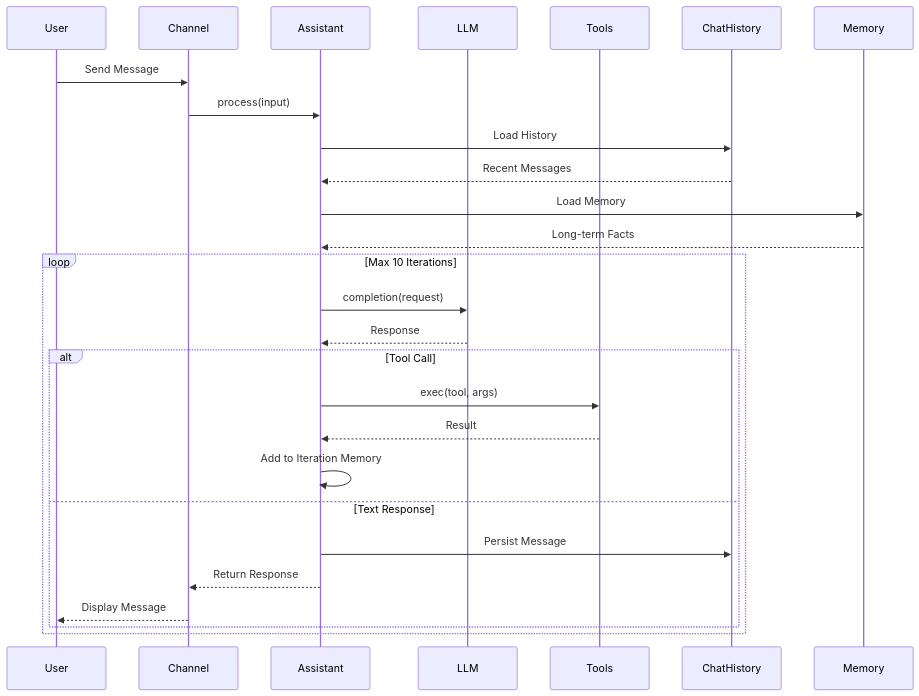
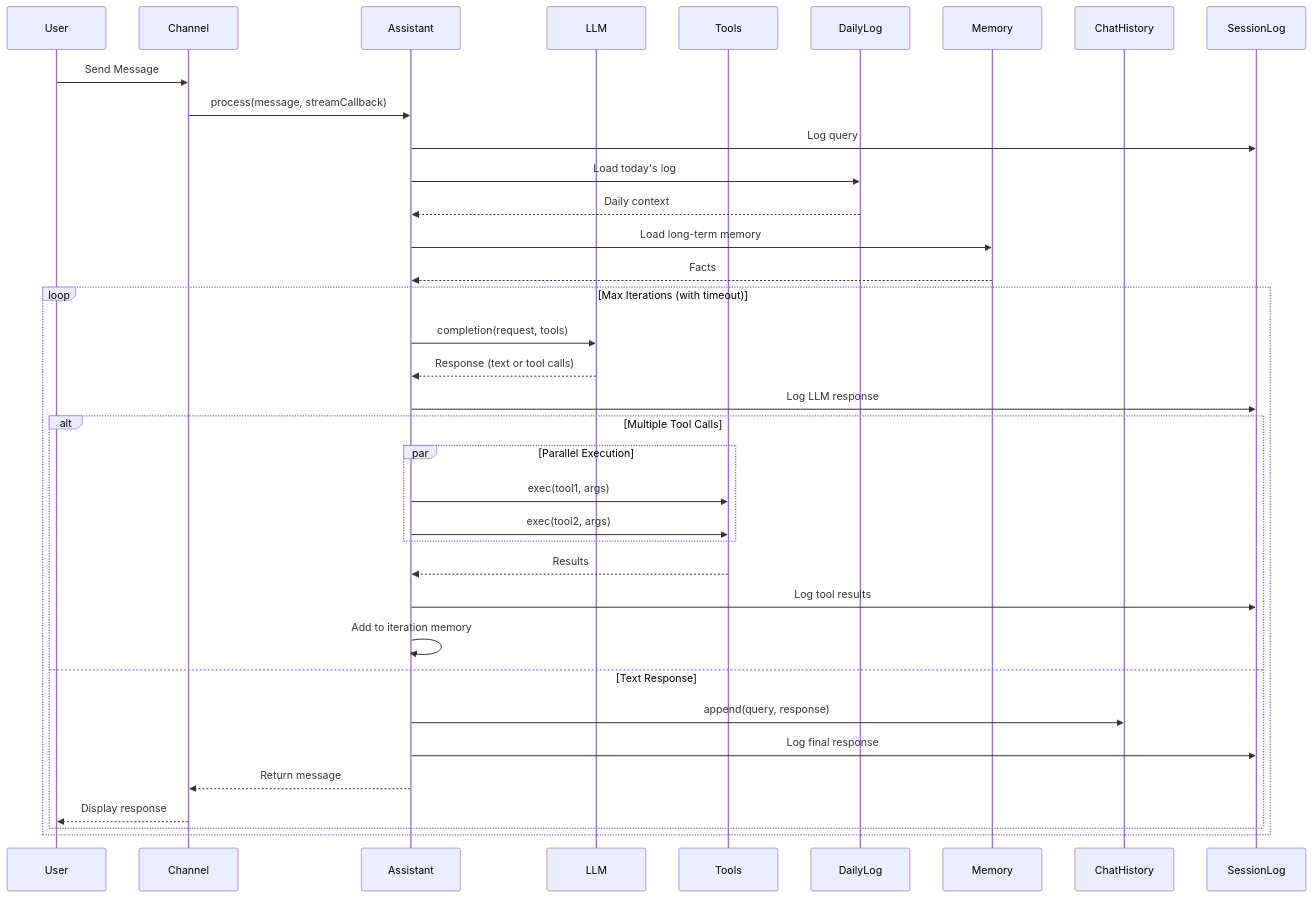
Before and after one commit to wutsi/kokibot: diagram 13 of 14 in ARCHITECTURE.md, drawn with Mermaid. The commit also changed other lines of this file and 6 other files, not shown here.

````diff
--- a/ARCHITECTURE.md
+++ b/ARCHITECTURE.md
@@ -556,32 +1049,41 @@
 ```mermaid
 sequenceDiagram
     participant U as User
     participant C as Channel
     participant A as Assistant
     participant L as LLM
     participant T as Tools
-    participant H as ChatHistory
+    participant DL as DailyLog
     participant M as Memory
+    participant CH as ChatHistory
+    participant SL as SessionLog
     
     U->>C: Send Message
-    C->>A: process(input)
-    A->>H: Load History
-    H-->>A: Recent Messages
-    A->>M: Load Memory
-    M-->>A: Long-term Facts
+    C->>A: process(message, streamCallback)
+    A->>SL: Log query
+    A->>DL: Load today's log
+    DL-->>A: Daily context
+    A->>M: Load long-term memory
+    M-->>A: Facts
     
-    loop Max 10 Iterations
-        A->>L: completion(request)
-        L-->>A: Response
+    loop Max Iterations (with timeout)
+        A->>L: completion(request, tools)
+        L-->>A: Response (text or tool calls)
+        A->>SL: Log LLM response
         
-        alt Tool Call
-            A->>T: exec(tool, args)
-            T-->>A: Result
-            A->>A: Add to Iteration Memory
+        alt Multiple Tool Calls
+            par Parallel Execution
+                A->>T: exec(tool1, args)
+                A->>T: exec(tool2, args)
+            end
+            T-->>A: Results
+            A->>SL: Log tool results
+            A->>A: Add to iteration memory
         else Text Response
-            A->>H: Persist Message
-            A-->>C: Return Response
-            C-->>U: Display Message
+            A->>CH: append(query, response)
+            A->>SL: Log final response
+            A-->>C: Return message
+            C-->>U: Display response
         end
     end
 ```
````
